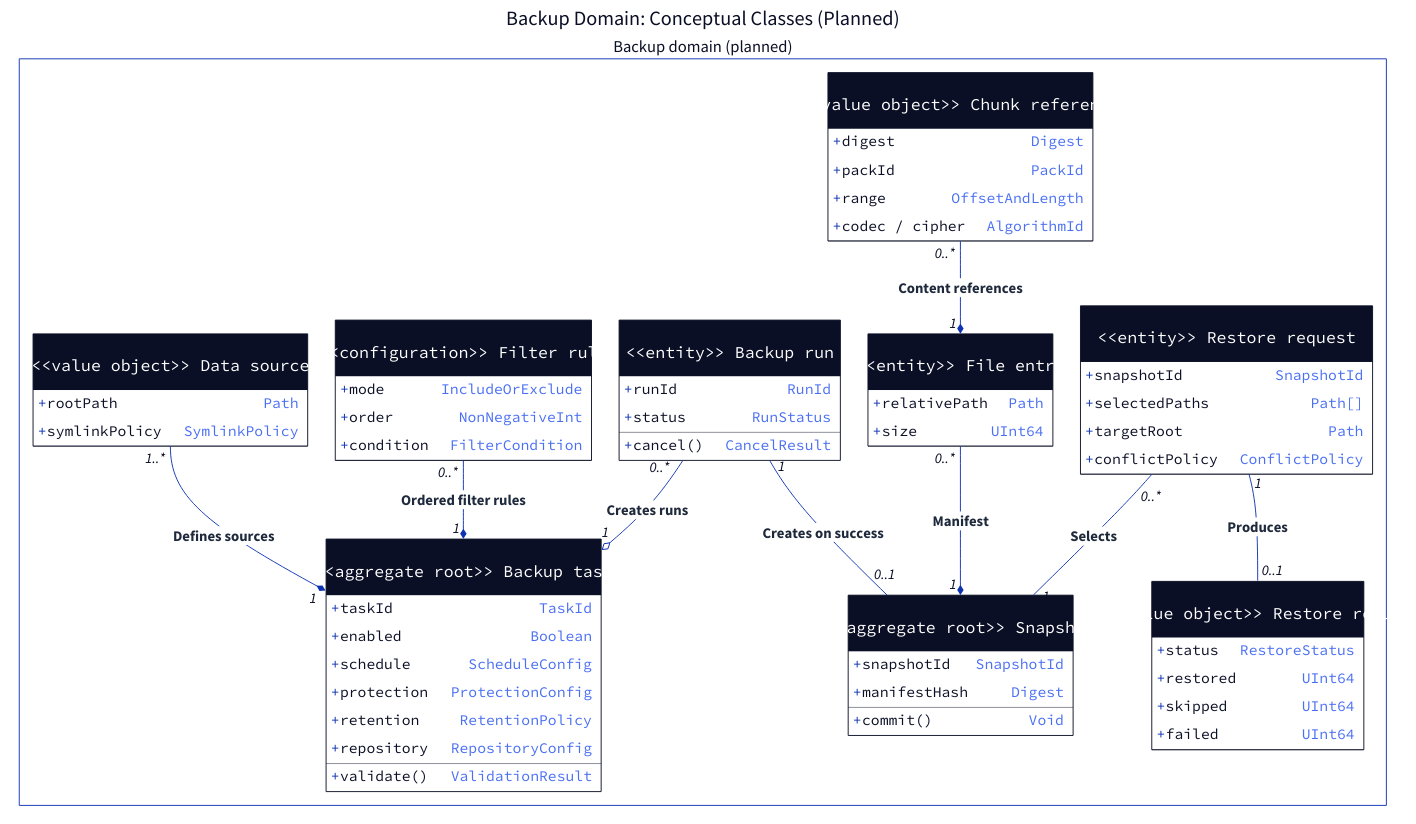
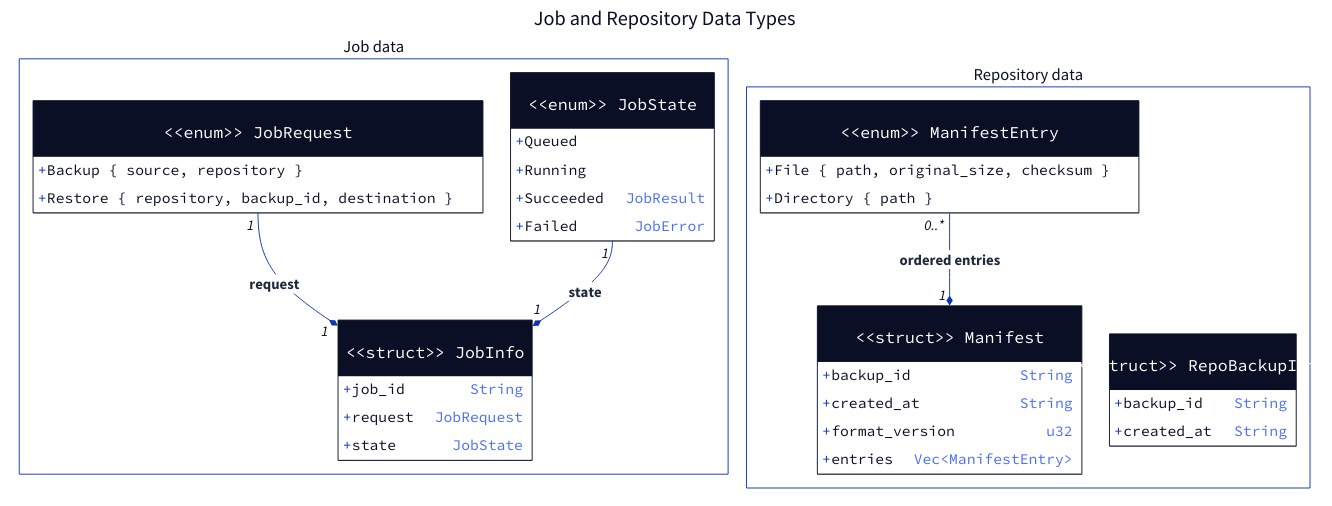
One commit to qi7876/software-development-exp changed the diagram in docs/report/generated/system-class-domain.d2. Above: the diagram before and after it, drawn with D2. The commit also changed 34 other files, not shown here.

```diff
--- a/docs/report/generated/system-class-domain.d2
+++ b/docs/report/generated/system-class-domain.d2
@@ -1,116 +1,72 @@
 # Generated from docs/report/model.yaml; do not edit directly.
 direction: down
 **.style.font-size: 32
 (** -> **)[*].style: {font-size: 32; bold: true; italic: false; font-color: "#1E293B"}
 (** -- **)[*].style: {font-size: 32; bold: true; italic: false; font-color: "#1E293B"}
 (** <- **)[*].style: {font-size: 32; bold: true; italic: false; font-color: "#1E293B"}
-diagram: "Backup Domain: Conceptual Classes (Planned)" {
+diagram: "Job and Repository Data Types" {
   style.font-size: 44
   style.fill: white
   style.stroke: transparent
-  package_0: "Backup domain (planned)" {
+  package_0: "Job data" {
     style.font-size: 36
     style.fill: white
-    BackupTask: "<<aggregate root>>\nBackup task" {
+    JobInfo: "<<struct>>\nJobInfo" {
       shape: class
-      "+ taskId": "TaskId"
-      "+ enabled": "Boolean"
-      "+ schedule": "ScheduleConfig"
-      "+ protection": "ProtectionConfig"
-      "+ retention": "RetentionPolicy"
-      "+ repository": "RepositoryConfig"
-      "+ validate()": "ValidationResult"
+      "+ job_id": "String"
+      "+ request": "JobRequest"
+      "+ state": "JobState"
     }
-    SourceSpec: "<<value object>>\nData source" {
+    JobRequest: "<<enum>>\nJobRequest" {
       shape: class
-      "+ rootPath": "Path"
-      "+ symlinkPolicy": "SymlinkPolicy"
+      "+ Backup { source, repository }"
+      "+ Restore { repository, backup_id, destination }"
     }
-    FilterRule: "<<configuration>>\nFilter rule" {
+    JobState: "<<enum>>\nJobState" {
       shape: class
-      "+ mode": "IncludeOrExclude"
-      "+ order": "NonNegativeInt"
-      "+ condition": "FilterCondition"
-    }
-    BackupRun: "<<entity>>\nBackup run" {
-      shape: class
-      "+ runId": "RunId"
-      "+ status": "RunStatus"
-      "+ cancel()": "CancelResult"
-    }
-    Snapshot: "<<aggregate root>>\nSnapshot" {
-      shape: class
-      "+ snapshotId": "SnapshotId"
-      "+ manifestHash": "Digest"
-      "+ commit()": "Void"
-    }
-    FileEntry: "<<entity>>\nFile entry" {
-      shape: class
-      "+ relativePath": "Path"
-      "+ size": "UInt64"
-    }
-    ChunkRef: "<<value object>>\nChunk reference" {
-      shape: class
-      "+ digest": "Digest"
-      "+ packId": "PackId"
-      "+ range": "OffsetAndLength"
-      "+ codec / cipher": "AlgorithmId"
-    }
-    RestoreRequest: "<<entity>>\nRestore request" {
-      shape: class
-      "+ snapshotId": "SnapshotId"
-      "+ selectedPaths": "Path[]"
-      "+ targetRoot": "Path"
-      "+ conflictPolicy": "ConflictPolicy"
-    }
-    RestoreResult: "<<value object>>\nRestore result" {
-      shape: class
-      "+ status": "RestoreStatus"
-      "+ restored": "UInt64"
-      "+ skipped": "UInt64"
-      "+ failed": "UInt64"
+      "+ Queued"
+      "+ Running"
+      "+ Succeeded": "JobResult"
+      "+ Failed": "JobError"
     }
   }
-  package_0.BackupTask <- package_0.SourceSpec: "Defines sources" {
+  package_1: "Repository data" {
+    style.font-size: 36
+    style.fill: white
+    Manifest: "<<struct>>\nManifest" {
+      shape: class
+      "+ backup_id": "String"
+      "+ created_at": "String"
+      "+ format_version": "u32"
+      "+ entries": "Vec<ManifestEntry>"
+    }
+    Entry: "<<enum>>\nManifestEntry" {
+      shape: class
+      "+ File { path, original_size, checksum }"
+      "+ Directory { path }"
+    }
+    Summary: "<<struct>>\nRepoBackupInfo" {
+      shape: class
+      "+ backup_id": "String"
+      "+ created_at": "String"
+    }
+  }
+  package_0.JobInfo <- package_0.JobRequest: "request" {
     source-arrowhead.label: "1"
-    target-arrowhead.label: "1..*"
+    target-arrowhead.label: "1"
     source-arrowhead.shape: diamond
     source-arrowhead.style.filled: true
   }
-  package_0.BackupTask <- package_0.BackupRun: "Creates runs" {
+  package_0.JobInfo <- package_0.JobState: "state" {
     source-arrowhead.label: "1"
-    target-arrowhead.label: "0..*"
-    source-arrowhead.shape: diamond
-    source-arrowhead.style.filled: false
-  }
-  package_0.BackupRun -- package_0.Snapshot: "Creates on success" {
-    source-arrowhead.label: "1"
-    target-arrowhead.label: "0..1"
-  }
-  package_0.Snapshot <- package_0.FileEntry: "Manifest" {
-    source-arrowhead.label: "1"
-    target-arrowhead.label: "0..*"
+    target-arrowhead.label: "1"
     source-arrowhead.shape: diamond
     source-arrowhead.style.filled: true
   }
-  package_0.FileEntry <- package_0.ChunkRef: "Content references" {
-    source-arrowhead.label: "1"
-    target-arrowhead.label: "0..*"
-    source-arrowhead.shape: diamond
-    source-arrowhead.style.filled: true
-  }
-  package_0.RestoreRequest -- package_0.Snapshot: "Selects" {
-    source-arrowhead.label: "0..*"
-    target-arrowhead.label: "1"
-  }
-  package_0.RestoreRequest -- package_0.RestoreResult: "Produces" {
-    source-arrowhead.label: "1"
-    target-arrowhead.label: "0..1"
-  }
-  package_0.BackupTask <- package_0.FilterRule: "Ordered filter rules" {
+  package_1.Manifest <- package_1.Entry: "ordered entries" {
     source-arrowhead.label: "1"
     target-arrowhead.label: "0..*"
     source-arrowhead.shape: diamond
     source-arrowhead.style.filled: true
   }
 }
```
